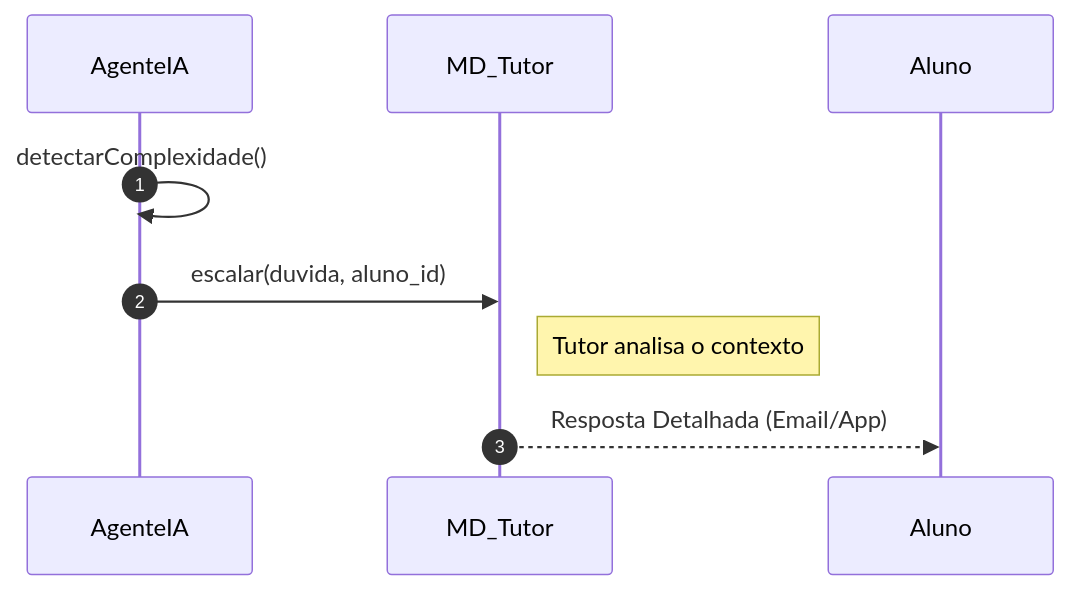
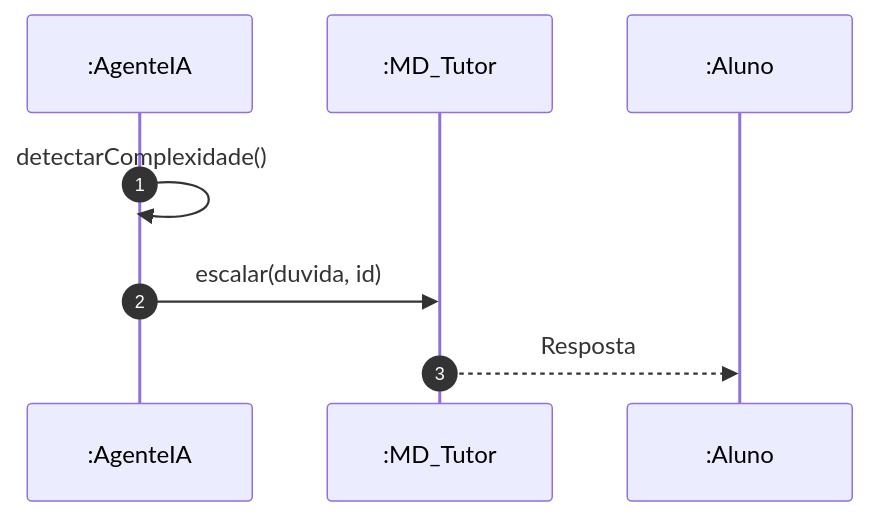
Before and after one commit to MayconDIS/PIM_III-Documentacao_UML: the second of 2 diagrams in PIM_III/02_Modelagem_UML_Astah/UC07_Escalar_Duvida_Tutor/README.md, drawn with Mermaid. The commit also changed other lines of this file and 17 other files, not shown here.

````diff
--- a/PIM_III/02_Modelagem_UML_Astah/UC07_Escalar_Duvida_Tutor/README.md
+++ b/PIM_III/02_Modelagem_UML_Astah/UC07_Escalar_Duvida_Tutor/README.md
@@ -44,11 +44,10 @@
 ```mermaid
 sequenceDiagram
     autonumber
-    participant IA as AgenteIA
-    participant T as MD_Tutor
-    participant Al as Aluno
+    participant IA as :AgenteIA
+    participant T as :MD_Tutor
+    participant Al as :Aluno
     IA->>IA: detectarComplexidade()
-    IA->>T: escalar(duvida, aluno_id)
-    Note right of T: Tutor analisa o contexto
-    T-->>Al: Resposta Detalhada (Email/App)
+    IA->>T: escalar(duvida, id)
+    T-->>Al: Resposta
 ```
````
